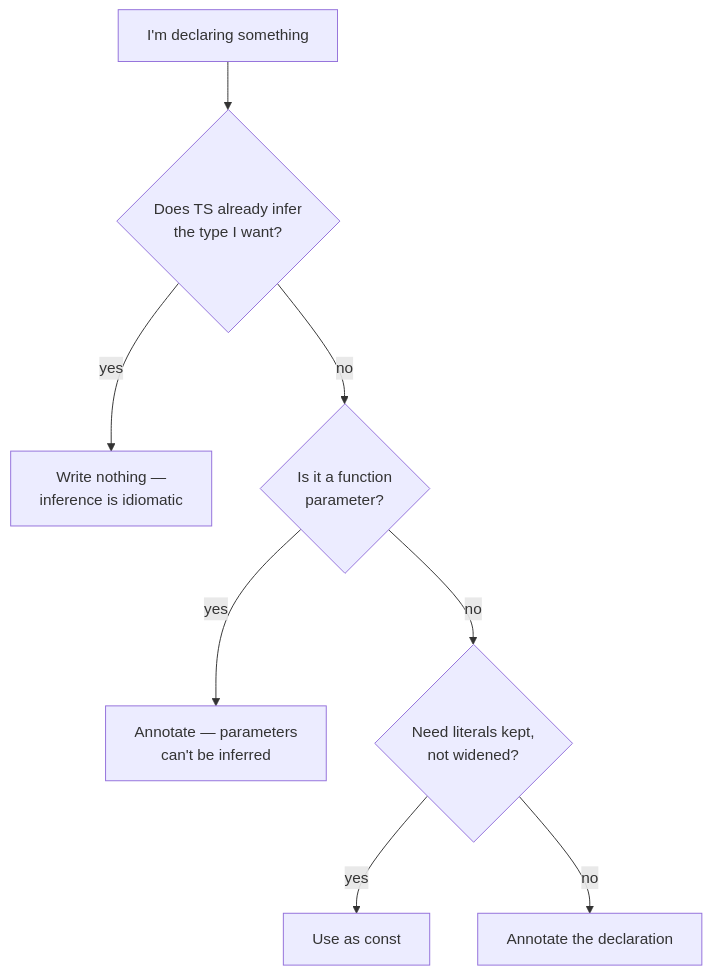
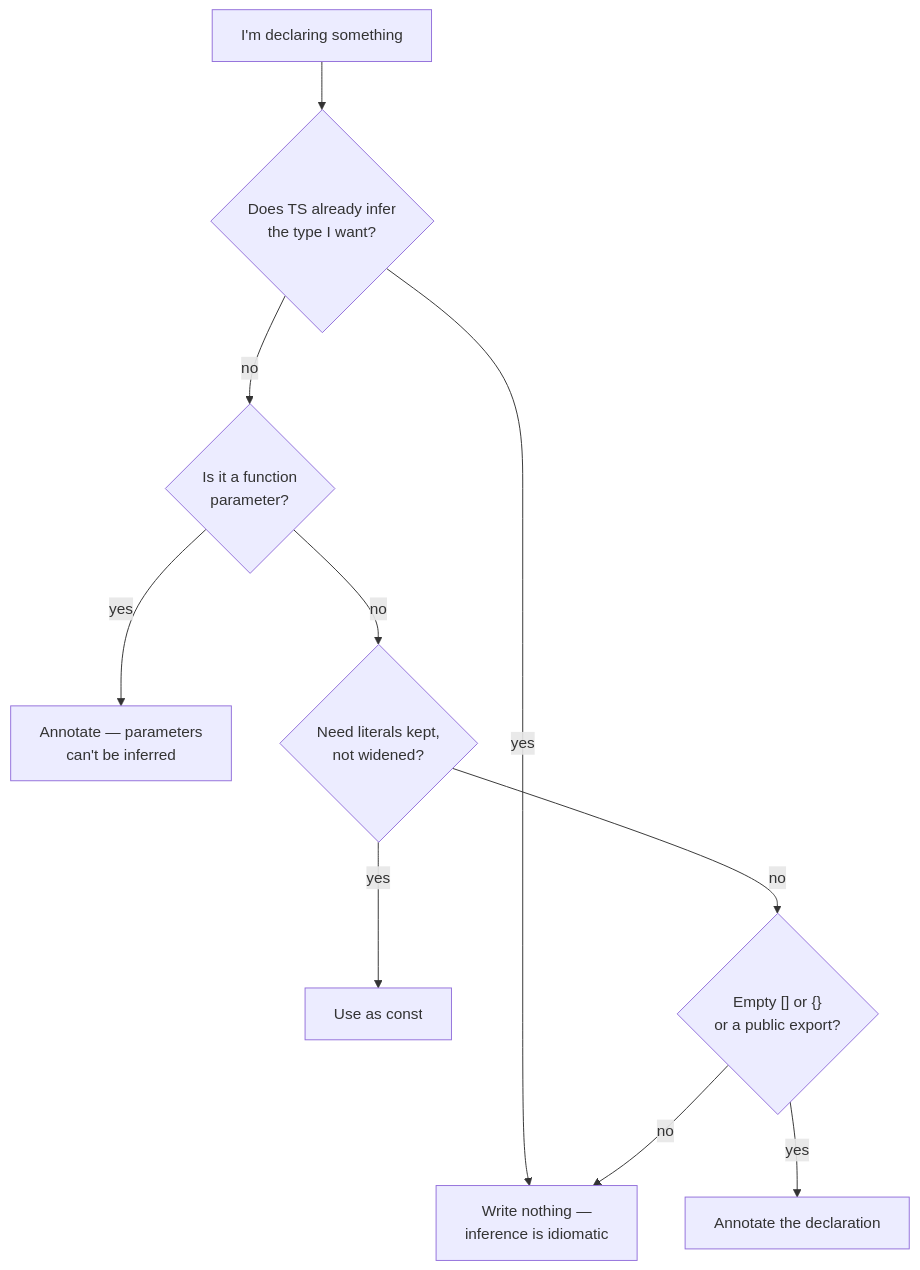
One commit to cheer-cho/LearningCourse--TypeScript--build-by-Claude-Code changed the tenth of 10 diagrams in 02-basics/LESSON.md. Above: the diagram before and after it, drawn with Mermaid. The commit also changed other lines of this file and 79 other files, not shown here.

````diff
--- a/02-basics/LESSON.md
+++ b/02-basics/LESSON.md
@@ -53,10 +1066,12 @@
 ```mermaid
 flowchart TD
     A["I'm declaring something"] --> Q1{"Does TS already infer<br/>the type I want?"}
     Q1 -- yes --> Skip["Write nothing —<br/>inference is idiomatic"]
     Q1 -- no --> Q2{"Is it a function<br/>parameter?"}
     Q2 -- yes --> Ann["Annotate — parameters<br/>can't be inferred"]
     Q2 -- no --> Q3{"Need literals kept,<br/>not widened?"}
     Q3 -- yes --> AC["Use as const"]
-    Q3 -- no --> Ann2["Annotate the declaration"]
+    Q3 -- no --> Q4{"Empty [] or {}<br/>or a public export?"}
+    Q4 -- yes --> Ann2["Annotate the declaration"]
+    Q4 -- no --> Skip
 ```
````
